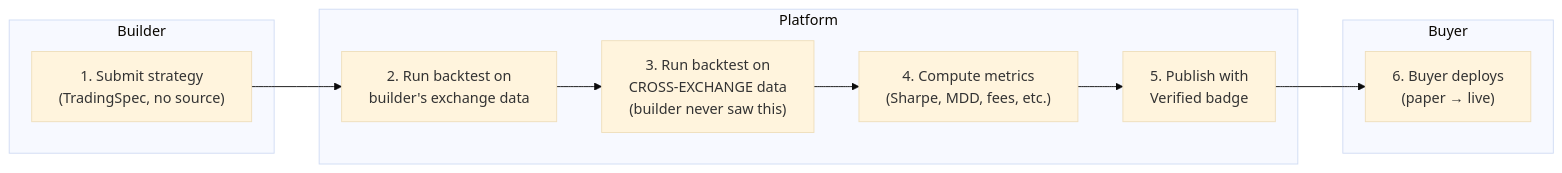
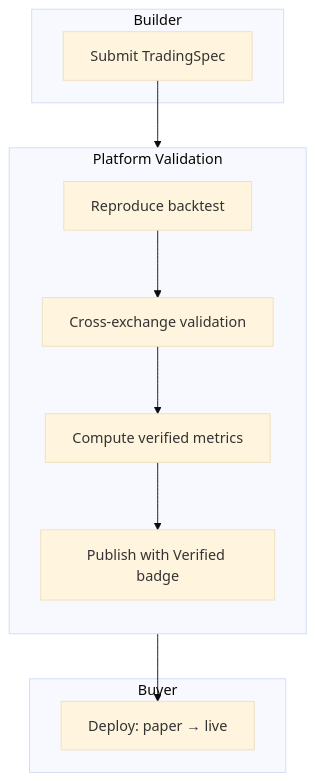
One commit to Clypt/docs changed the first of 2 diagrams in platform/marketplace.mdx. Above: the diagram before and after it, drawn with Mermaid (base theme). The commit also changed other lines of this file and 12 other files, not shown here.

````diff
--- a/platform/marketplace.mdx
+++ b/platform/marketplace.mdx
@@ -12,16 +12,17 @@
 ```mermaid
-flowchart LR
+flowchart TB
     subgraph Builder
-        A["1. Submit strategy<br>(TradingSpec, no source)"]
+        A["Submit TradingSpec"]
     end
-    subgraph Platform
-        B["2. Run backtest on<br>builder's exchange data"]
-        C["3. Run backtest on<br>CROSS-EXCHANGE data<br>(builder never saw this)"]
-        D["4. Compute metrics<br>(Sharpe, MDD, fees, etc.)"]
-        E["5. Publish with<br>Verified badge"]
+    subgraph Platform["Platform Validation"]
+        direction TB
+        B["Reproduce backtest"] --> C["Cross-exchange validation"]
+        C --> D["Compute verified metrics"]
+        D --> E["Publish with Verified badge"]
     end
     subgraph Buyer
-        F["6. Buyer deploys<br>(paper → live)"]
+        F["Deploy: paper → live"]
     end
-    A --> B --> C --> D --> E --> F
+    A --> B
+    E --> F
 ```
````
